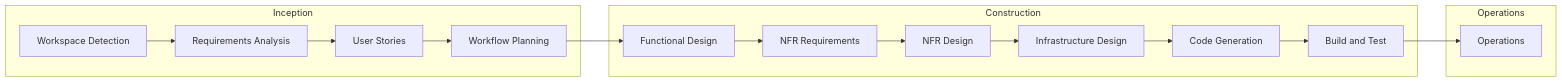
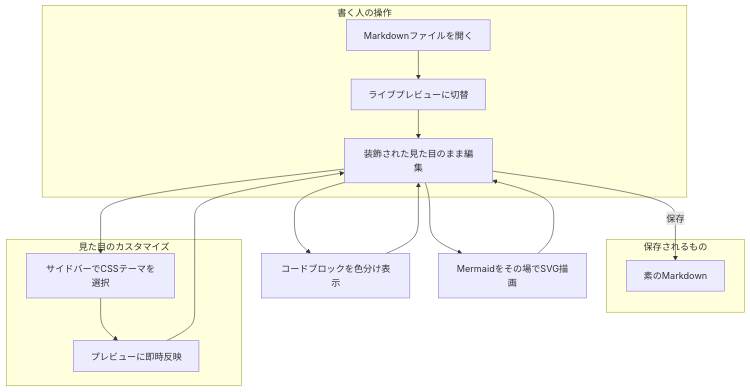
The second of 2 diagrams in sample/sample.md (t-shoot/md-live-preview), drawn with Mermaid before and after one commit. The commit also changed other lines of this file and 1 other file, not shown here.

````diff
--- a/sample/sample.md
+++ b/sample/sample.md
@@ -49,20 +63,20 @@
 ```mermaid
-flowchart LR
-    subgraph Inception
-        WD[Workspace Detection] --> RA[Requirements Analysis]
-        RA --> US[User Stories]
-        US --> WP[Workflow Planning]
+flowchart TD
+    subgraph 書く人の操作
+        A[Markdownファイルを開く] --> B[ライブプレビューに切替]
+        B --> C[装飾された見た目のまま編集]
     end
-    subgraph Construction
-        FD[Functional Design] --> NFRA[NFR Requirements]
-        NFRA --> NFRD[NFR Design]
-        NFRD --> ID[Infrastructure Design]
-        ID --> CG[Code Generation]
-        CG --> BT[Build and Test]
+    subgraph 保存されるもの
+        D[素のMarkdown]
     end
-    subgraph Operations
-        OPS[Operations]
+    subgraph 見た目のカスタマイズ
+        E[サイドバーでCSSテーマを選択] --> F[プレビューに即時反映]
     end
-    WP --> FD
-    BT --> OPS
+    C -->|保存| D
+    C --> E
+    F --> C
+    C --> G[コードブロックを色分け表示]
+    C --> H[Mermaidをその場でSVG描画]
+    G --> C
+    H --> C
 ```
````
